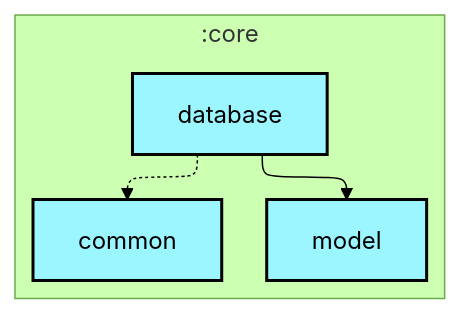
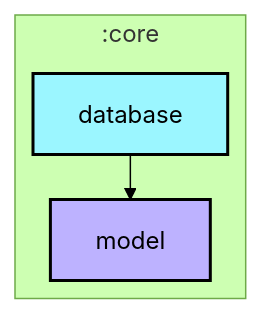
Before and after one commit to lihenggui/nowinkmp: the first of 2 diagrams in core/database/README.md, drawn with Mermaid (forest theme). The commit also changed other lines of this file and 26 other files, not shown here.

First line of the commit message:
Revert "Updates module graphs"

````diff
--- a/core/database/README.md
+++ b/core/database/README.md
@@ -6,25 +6,23 @@
 ```mermaid
 ---
 config:
   layout: elk
   elk:
     nodePlacementStrategy: SIMPLE
 ---
 graph TB
   subgraph :core
     direction TB
-    :core:common[common]:::kmp-library
-    :core:database[database]:::kmp-library
-    :core:model[model]:::kmp-library
+    :core:database[database]:::android-library
+    :core:model[model]:::jvm-library
   end
 
-  :core:database -.-> :core:common
   :core:database --> :core:model
 
-classDef cmp-application fill:#CAFFBF,stroke:#000,stroke-width:2px,color:#000;
-classDef cmp-feature fill:#FFD6A5,stroke:#000,stroke-width:2px,color:#000;
-classDef kmp-library fill:#9BF6FF,stroke:#000,stroke-width:2px,color:#000;
+classDef android-application fill:#CAFFBF,stroke:#000,stroke-width:2px,color:#000;
+classDef android-feature fill:#FFD6A5,stroke:#000,stroke-width:2px,color:#000;
+classDef android-library fill:#9BF6FF,stroke:#000,stroke-width:2px,color:#000;
+classDef android-test fill:#A0C4FF,stroke:#000,stroke-width:2px,color:#000;
 classDef jvm-library fill:#BDB2FF,stroke:#000,stroke-width:2px,color:#000;
-classDef android-test fill:#A0C4FF,stroke:#000,stroke-width:2px,color:#000;
 classDef unknown fill:#FFADAD,stroke:#000,stroke-width:2px,color:#000;
 ```
````
